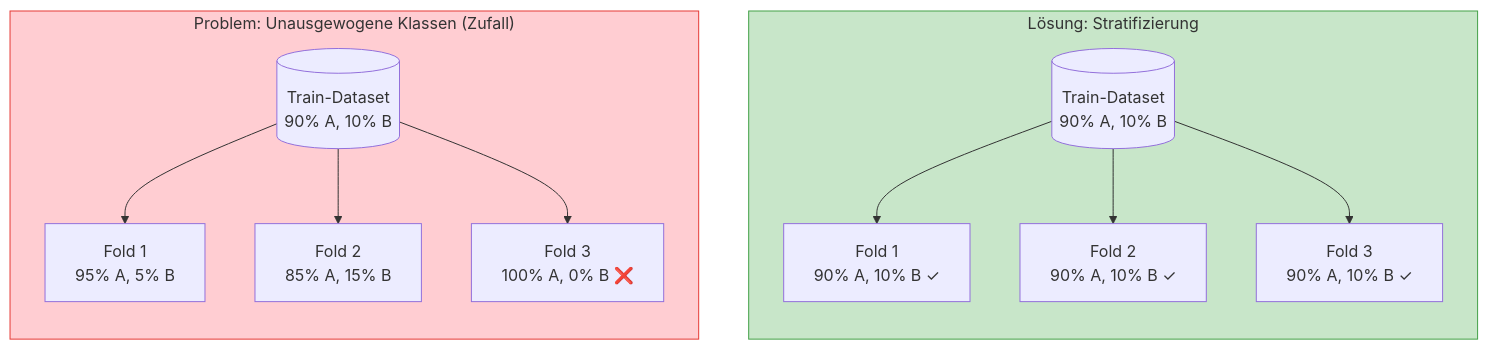
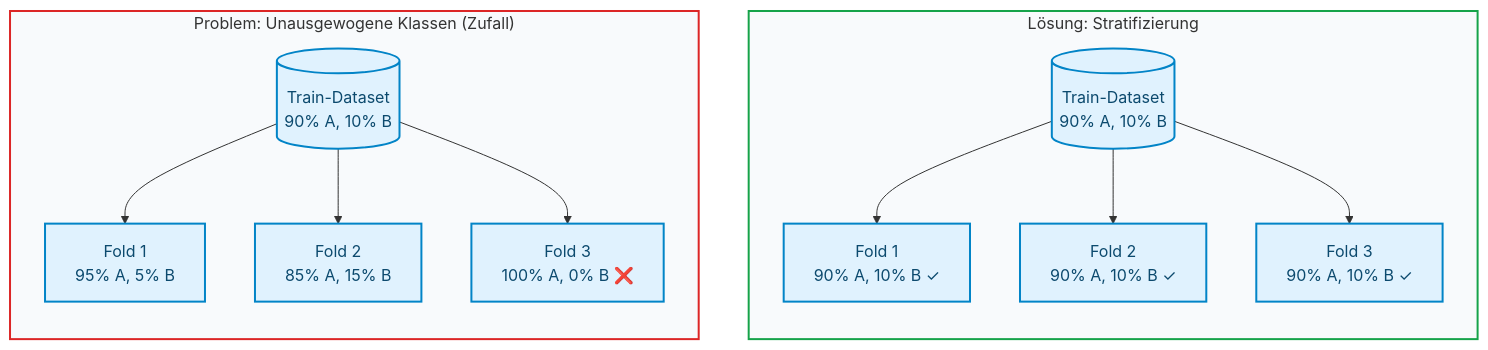
The fourth of 9 diagrams in docs/concepts/evaluate/cross_validation.md (ralf-42/ML_Intro), drawn with Mermaid before and after one commit. The commit also changed other lines of this file and 67 other files, not shown here.

````diff
--- a/docs/concepts/evaluate/cross_validation.md
+++ b/docs/concepts/evaluate/cross_validation.md
@@ -226,23 +226,24 @@
 ```mermaid
 flowchart LR
 
 subgraph problem["Problem: Unausgewogene Klassen (Zufall)"]
     D1[("Train-Dataset<br/>90% A, 10% B")]
     D1 --> F1["Fold 1<br/>95% A, 5% B"]
     D1 --> F2["Fold 2<br/>85% A, 15% B"]
     D1 --> F3["Fold 3<br/>100% A, 0% B ❌"]
 end
 
 subgraph solution["Lösung: Stratifizierung"]
     D2[("Train-Dataset<br/>90% A, 10% B")]
     D2 --> SF1["Fold 1<br/>90% A, 10% B ✓"]
     D2 --> SF2["Fold 2<br/>90% A, 10% B ✓"]
     D2 --> SF3["Fold 3<br/>90% A, 10% B ✓"]
 end
 
 %% Unsichtbare Verbindung für das Layout (nebeneinander)
 problem ~~~ solution
 
-style problem fill:#ffcdd2,stroke:#e53935
-style solution fill:#c8e6c9,stroke:#43a047
+classDef default fill:#e0f2fe,stroke:#0284c7,stroke-width:2px,color:#0c4a6e;
+style problem fill:#f8fafc,stroke:#dc2626,stroke-width:2px
+style solution fill:#f8fafc,stroke:#16a34a,stroke-width:2px
 ```
````
